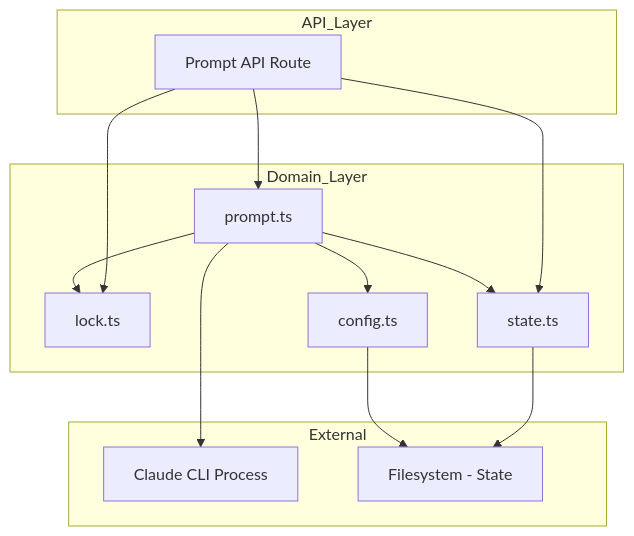
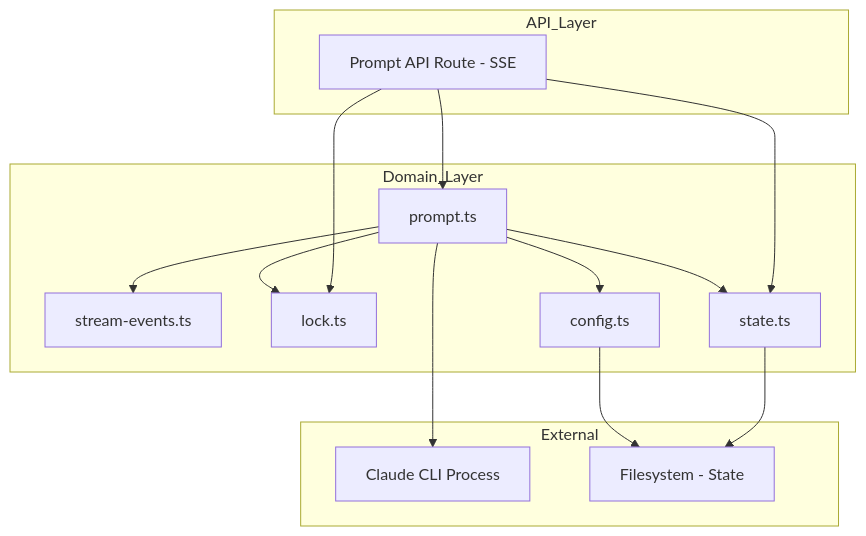
The first of 3 diagrams in .kiro/specs/prompt-execution/design.md (amhuppert/remote-ai-manager), drawn with Mermaid before and after one commit. The commit also changed other lines of this file and 33 other files, not shown here.

````diff
--- a/.kiro/specs/prompt-execution/design.md
+++ b/.kiro/specs/prompt-execution/design.md
@@ -44,28 +45,30 @@
 ```mermaid
 graph TB
     subgraph API_Layer
-        PromptRoute[Prompt API Route]
+        PromptRoute[Prompt API Route - SSE]
     end
 
     subgraph Domain_Layer
         Prompt[prompt.ts]
+        StreamEvents[stream-events.ts]
         Lock[lock.ts]
         State[state.ts]
         Config[config.ts]
     end
 
     subgraph External
         ClaudeCLI[Claude CLI Process]
         FileSystem[Filesystem - State]
     end
 
     PromptRoute --> Prompt
     PromptRoute --> Lock
     PromptRoute --> State
     Prompt --> Lock
     Prompt --> State
     Prompt --> Config
+    Prompt --> StreamEvents
     Prompt --> ClaudeCLI
     State --> FileSystem
     Config --> FileSystem
 ```
````
